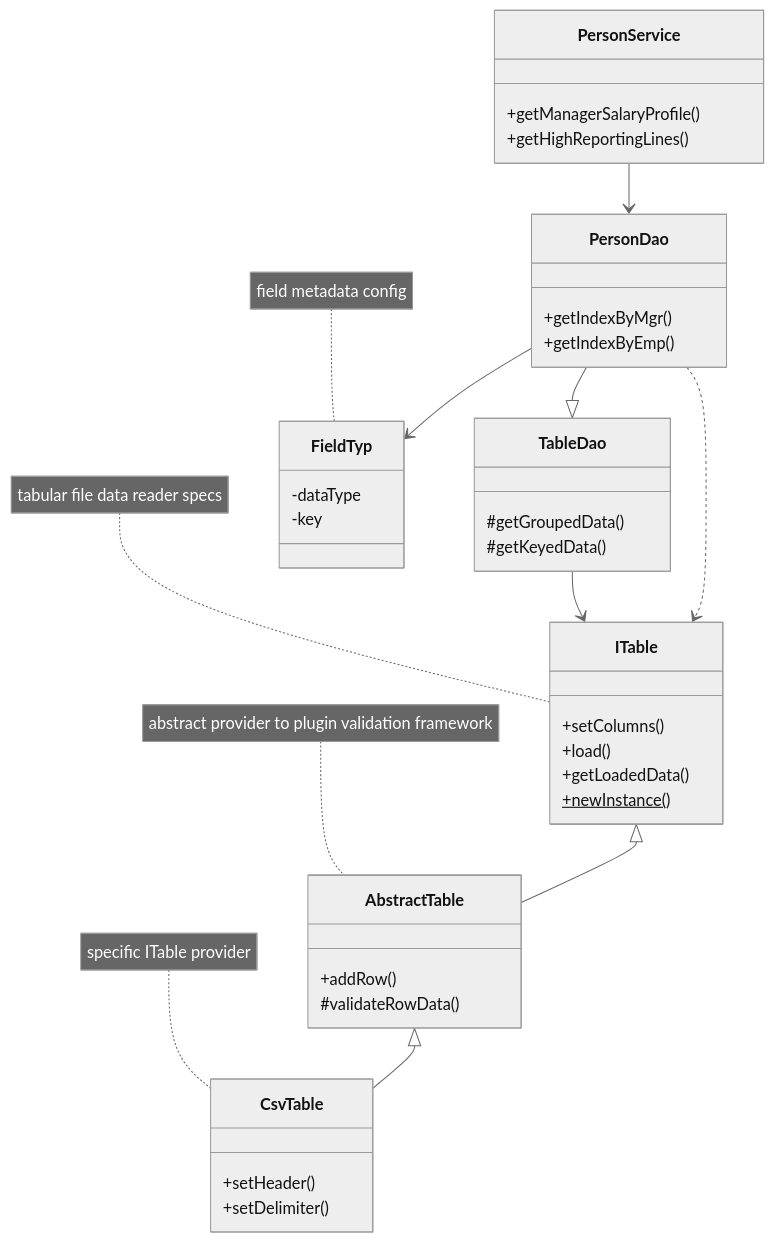
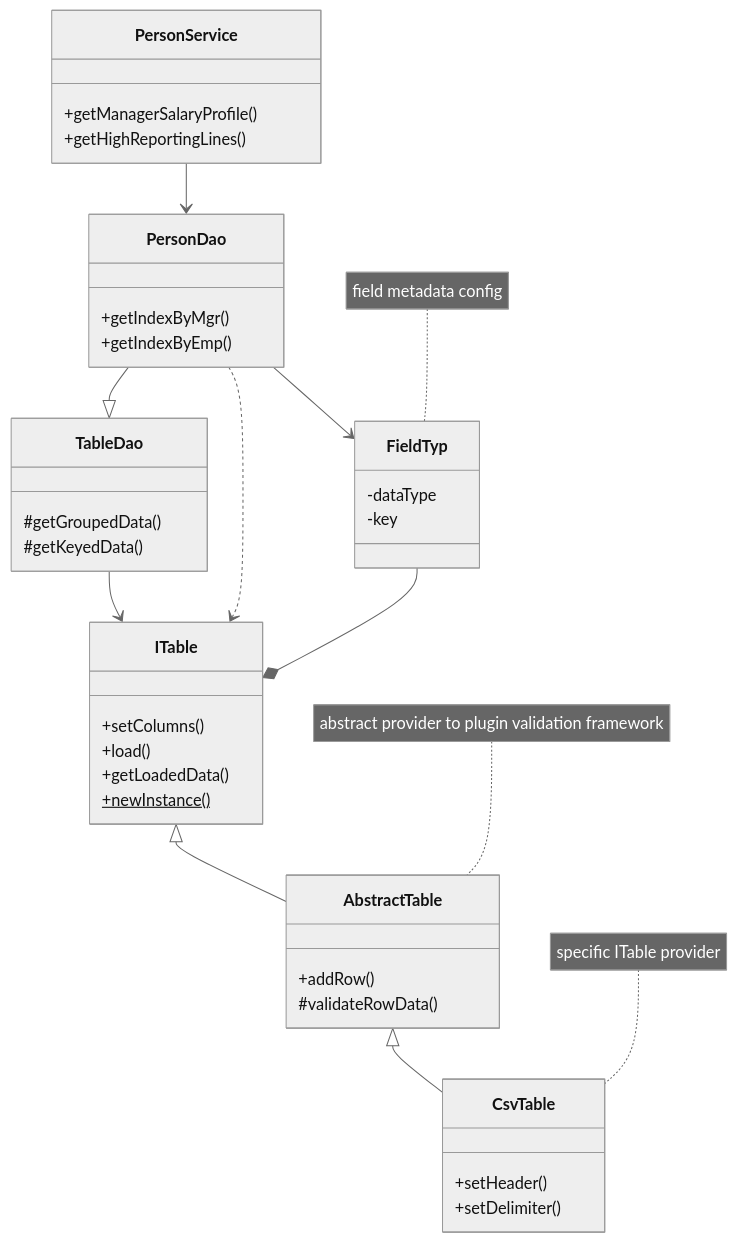
One commit to javanotes/big-reports changed the first of 2 diagrams in README.md. Above: the diagram before and after it, drawn with Mermaid (neutral theme).

Commit message:
Add relationship from FieldTyp to ITable
Updated diagram to include relationship for FieldTyp.

````diff
--- a/README.md
+++ b/README.md
@@ -8,47 +8,47 @@
 ```mermaid
   classDiagram
     ITable <|-- AbstractTable
     AbstractTable <|-- CsvTable
     TableDao --> ITable
     PersonDao --|> TableDao
     PersonDao ..> ITable
     PersonDao --> FieldTyp
+    FieldTyp --* ITable
     PersonService --> PersonDao
     note for FieldTyp "field metadata config"
-    note for ITable "tabular file data reader specs"
     note for CsvTable "specific ITable provider"
     note for AbstractTable "abstract provider to plugin validation framework"
 
     class ITable{
         +setColumns()
         +load()
         +getLoadedData()
         +newInstance()$
     }
     class CsvTable{
         +setHeader()
         +setDelimiter()
        
     }
 class AbstractTable{
         +addRow()
         #validateRowData()
        
     }
 class TableDao{
   #getGroupedData()
   #getKeyedData()
 }
 class PersonDao{
   +getIndexByMgr()
   +getIndexByEmp()
 }
 class PersonService{
   +getManagerSalaryProfile()
   +getHighReportingLines()
 }
 class FieldTyp{
   -dataType
   -key
 }
 ```
````
